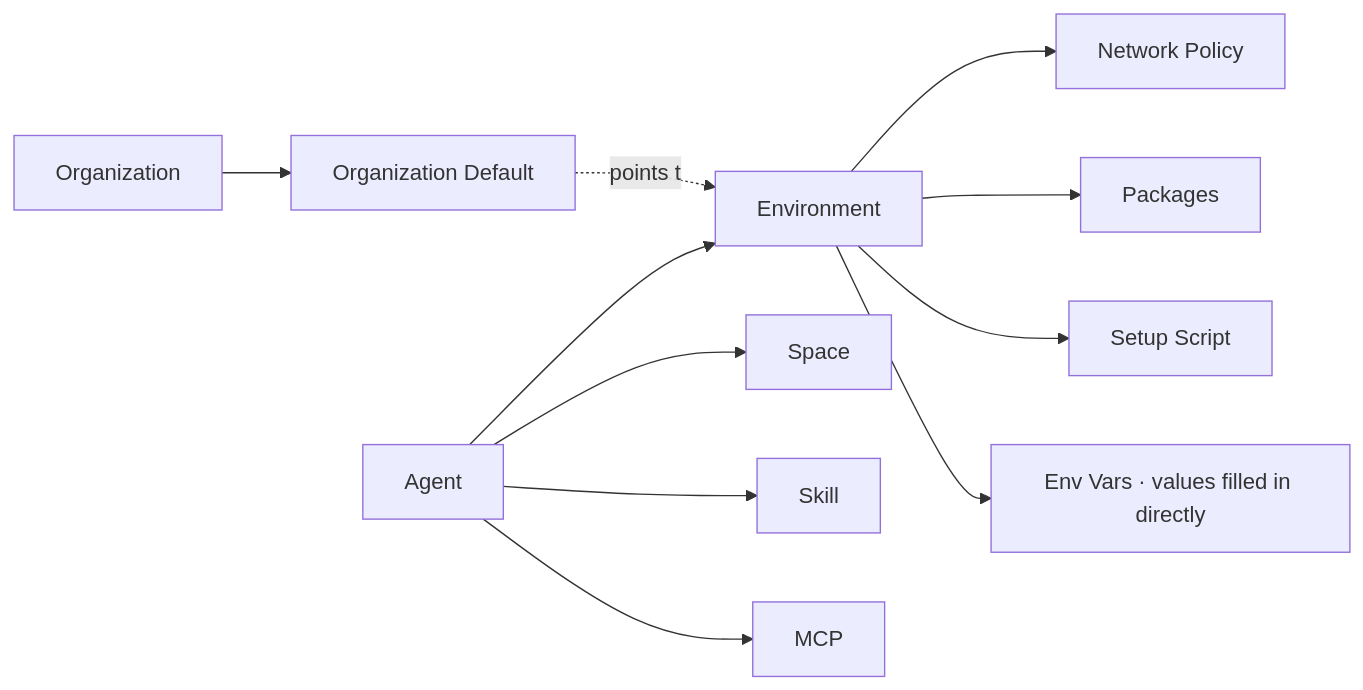
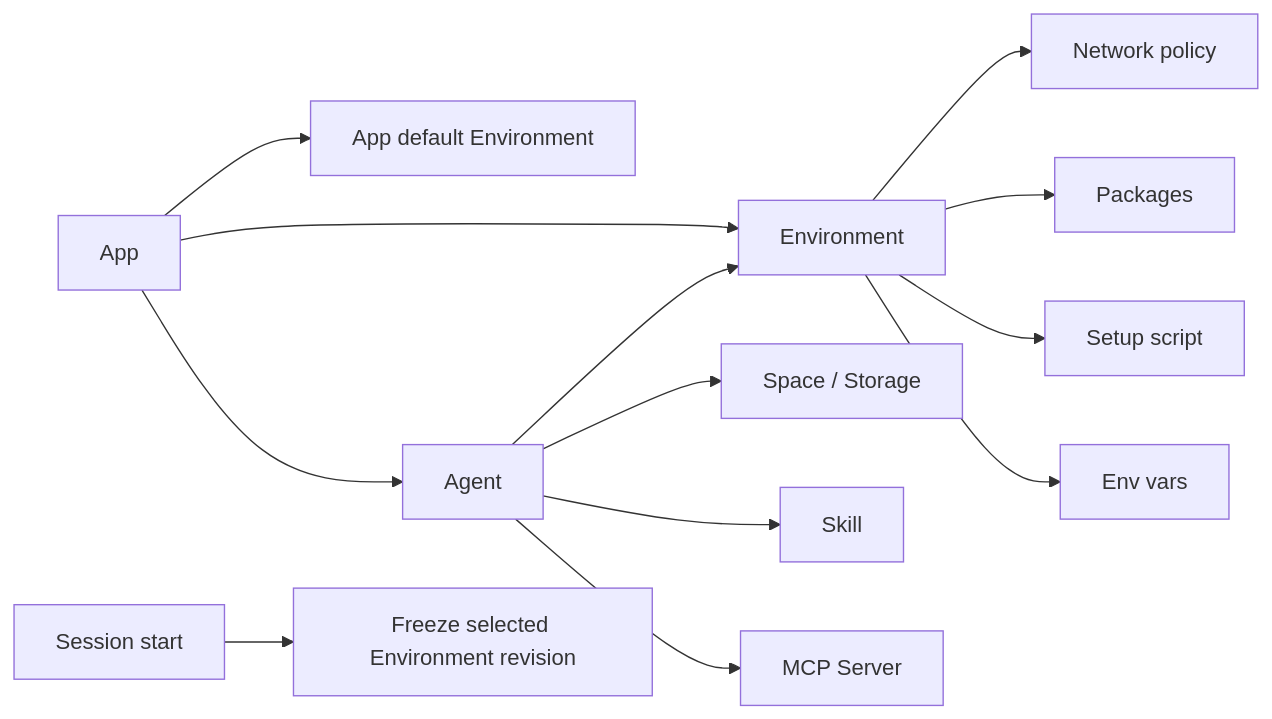
One commit to langgenius/mosoo changed the diagram in docs/prd/environment.md. Above: the diagram before and after it, drawn with Mermaid. The commit also changed other lines of this file and 71 other files, not shown here.

````diff
--- a/docs/prd/environment.md
+++ b/docs/prd/environment.md
@@ -104,13 +84,15 @@
 ```mermaid
 flowchart LR
+  App[App] --> DefaultEnvironment[App default Environment]
+  App --> Environment
+  App --> Agent
   Agent --> Environment
-  Agent --> Space
+  Agent --> Space[Space / Storage]
   Agent --> Skill
-  Agent --> MCP
-  Environment --> Network[Network Policy]
+  Agent --> MCP[MCP Server]
+  Environment --> Network[Network policy]
   Environment --> Packages
-  Environment --> SetupScript[Setup Script]
-  Environment --> EnvVars[Env Vars · values filled in directly]
-  Organization --> OrgDefault[Organization Default]
-  OrgDefault -.points to.-> Environment
+  Environment --> SetupScript[Setup script]
+  Environment --> EnvVars[Env vars]
+  Session[Session start] --> Snapshot[Freeze selected Environment revision]
 ```
````
